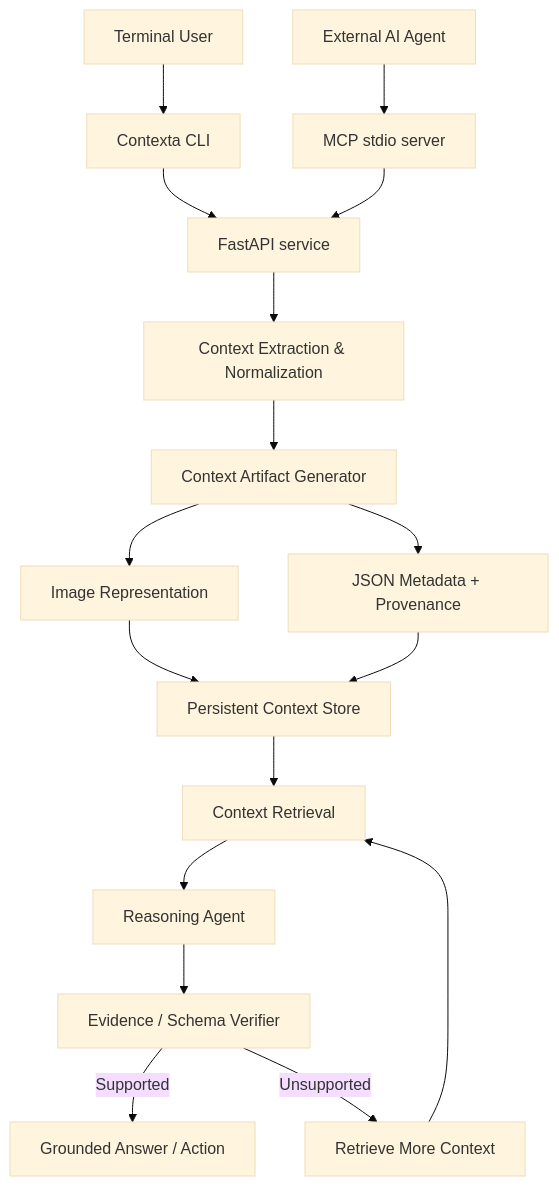
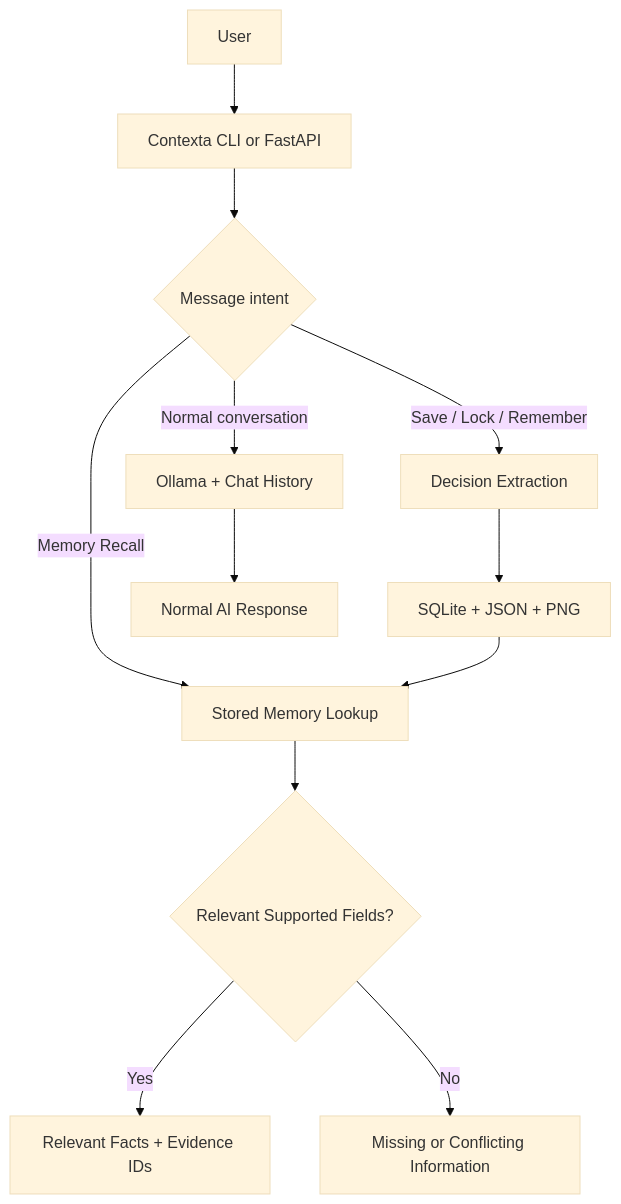
The first of 2 diagrams in README.md (larvianankani7/Contexta), drawn with Mermaid (base theme) before and after one commit. The commit also changed other lines of this file and 2 other files, not shown here.

````diff
--- a/README.md
+++ b/README.md
@@ -40,19 +40,14 @@
 ```mermaid
 flowchart TD
-    U[Terminal User] --> CLI[Contexta CLI]
-    agent[External AI Agent] --> MCP[MCP stdio server]
-    CLI --> API[FastAPI service]
-    MCP --> API
-    API --> E[Context Extraction & Normalization]
-    E --> artifact[Context Artifact Generator]
-    artifact --> I[Image Representation]
-    artifact --> J[JSON Metadata + Provenance]
-    I --> M[Persistent Context Store]
-    J --> M
-    M --> R[Context Retrieval]
-    R --> RA[Reasoning Agent]
-    RA --> V[Evidence / Schema Verifier]
-    V -->|Supported| O[Grounded Answer / Action]
-    V -->|Unsupported| RR[Retrieve More Context]
-    RR --> R
+    U[User] --> C[Contexta CLI or FastAPI]
+    C --> I{Message intent}
+    I -->|Normal conversation| O[Ollama + Chat History]
+    I -->|Save / Lock / Remember| E[Decision Extraction]
+    E --> S[SQLite + JSON + PNG]
+    I -->|Memory Recall| R[Stored Memory Lookup]
+    S --> R
+    R --> V{Relevant Supported Fields?}
+    V -->|Yes| A[Relevant Facts + Evidence IDs]
+    V -->|No| N[Missing or Conflicting Information]
+    O --> G[Normal AI Response]
 ```
````
